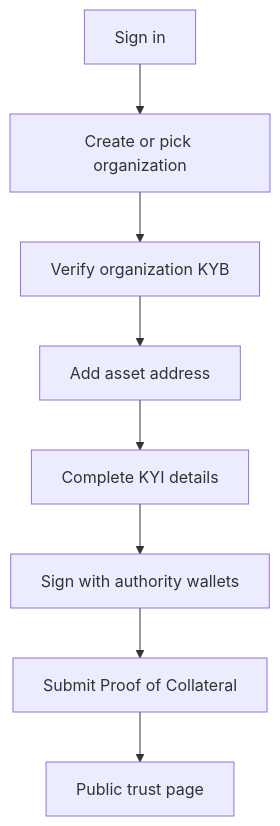
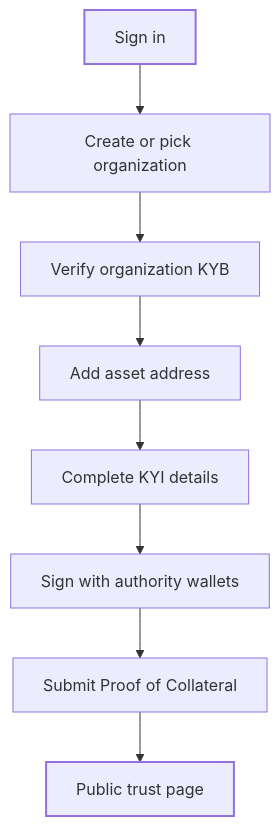
One commit to blupryntco/docs changed the diagram in passport/overview.mdx. Above: the diagram before and after it, drawn with Mermaid. The commit also changed 54 other files, not shown here.

Commit message:
Diagrams in site palette with dark mode; Developers overview for SDK + both APIs

````diff
--- a/passport/overview.mdx
+++ b/passport/overview.mdx
@@ -19,10 +19,14 @@
 ```mermaid
 flowchart TD
   A[Sign in] --> B[Create or pick organization]
   B --> C[Verify organization KYB]
   C --> D[Add asset address]
   D --> E[Complete KYI details]
   E --> F[Sign with authority wallets]
   F --> G[Submit Proof of Collateral]
   G --> H[Public trust page]
+classDef start stroke-width:2px
+classDef done stroke-width:2px
+class A start
+class H done
 ```
````
